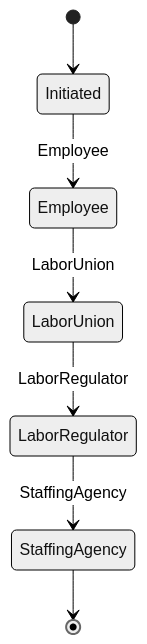
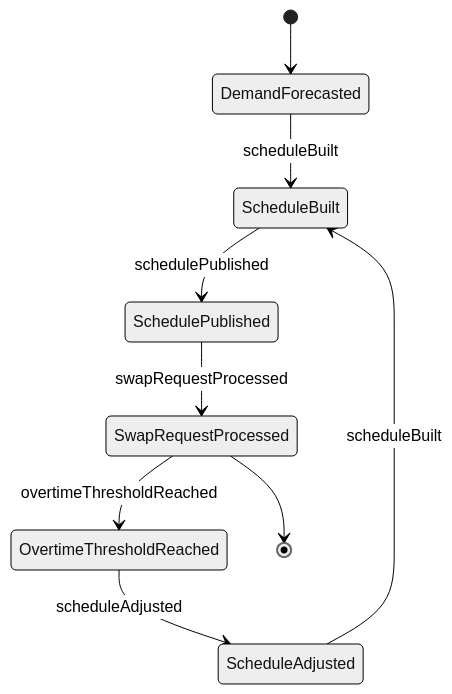
The second of 4 diagrams in GuidingDirectingAndMotivatingSubordinates/AssignWorkToOthers/PlanEmployeeWorkSchedules.mdx (dot-org-ai/tasks.org.ai), drawn with Mermaid (neutral theme) before and after one commit. The commit also changed other lines of this file and 515 other files, not shown here.

````diff
--- a/GuidingDirectingAndMotivatingSubordinates/AssignWorkToOthers/PlanEmployeeWorkSchedules.mdx
+++ b/GuidingDirectingAndMotivatingSubordinates/AssignWorkToOthers/PlanEmployeeWorkSchedules.mdx
@@ -100,9 +101,11 @@
 ```mermaid
 stateDiagram-v2
-    [*] --> Initiated
-    Initiated --> Employee: Employee
-    Employee --> LaborUnion: LaborUnion
-    LaborUnion --> LaborRegulator: LaborRegulator
-    LaborRegulator --> StaffingAgency: StaffingAgency
-    StaffingAgency --> [*]
+    [*] --> DemandForecasted
+    DemandForecasted --> ScheduleBuilt : scheduleBuilt
+    ScheduleBuilt --> SchedulePublished : schedulePublished
+    SchedulePublished --> SwapRequestProcessed : swapRequestProcessed
+    SwapRequestProcessed --> OvertimeThresholdReached : overtimeThresholdReached
+    OvertimeThresholdReached --> ScheduleAdjusted : scheduleAdjusted
+    ScheduleAdjusted --> ScheduleBuilt : scheduleBuilt
+    SwapRequestProcessed --> [*]
 ```
````
